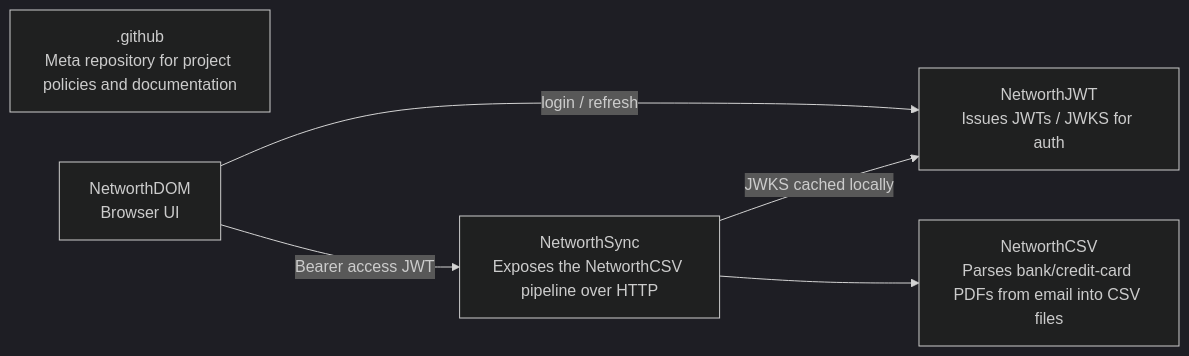
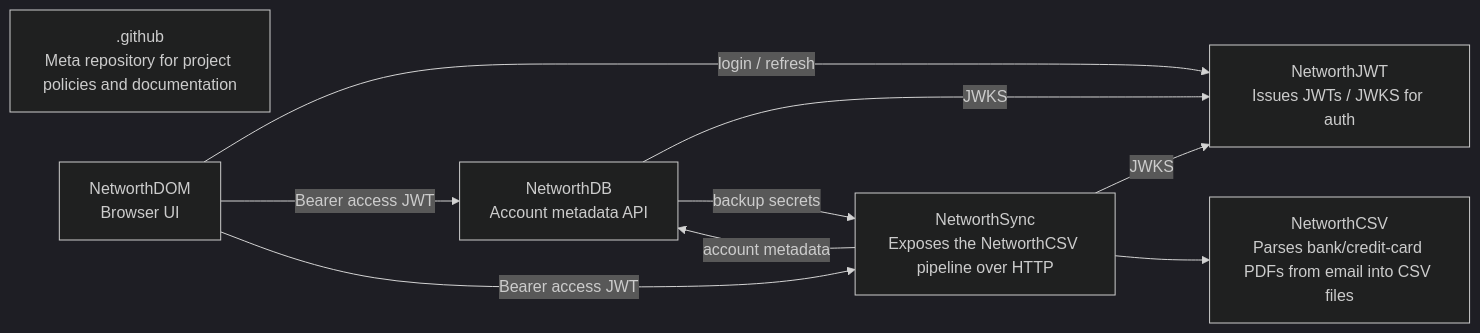
Before and after one commit to financial-footprints/.github: the diagram in README.md, drawn with Mermaid (dark theme). The commit also changed other lines of this file and 145 other files, not shown here.

````diff
--- a/README.md
+++ b/README.md
@@ -7,13 +7,18 @@
 ```mermaid
 flowchart LR
   github[".github<br/>Meta repository for project policies and documentation"]
   dom["NetworthDOM<br/>Browser UI"]
   jwt["NetworthJWT<br/>Issues JWTs / JWKS for auth"]
+  db["NetworthDB<br/>Account metadata API"]
   sync["NetworthSync<br/>Exposes the NetworthCSV pipeline over HTTP"]
   csv["NetworthCSV<br/>Parses bank/credit-card PDFs from email into CSV files"]
 
   dom -->|"login / refresh"| jwt
+  dom -->|"Bearer access JWT"| db
   dom -->|"Bearer access JWT"| sync
-  sync -->|"JWKS cached locally"| jwt
+  db -->|"JWKS"| jwt
+  sync -->|"JWKS"| jwt
+  sync -->|"account metadata"| db
+  db -->|"backup secrets"| sync
   sync --> csv
 ```
````
